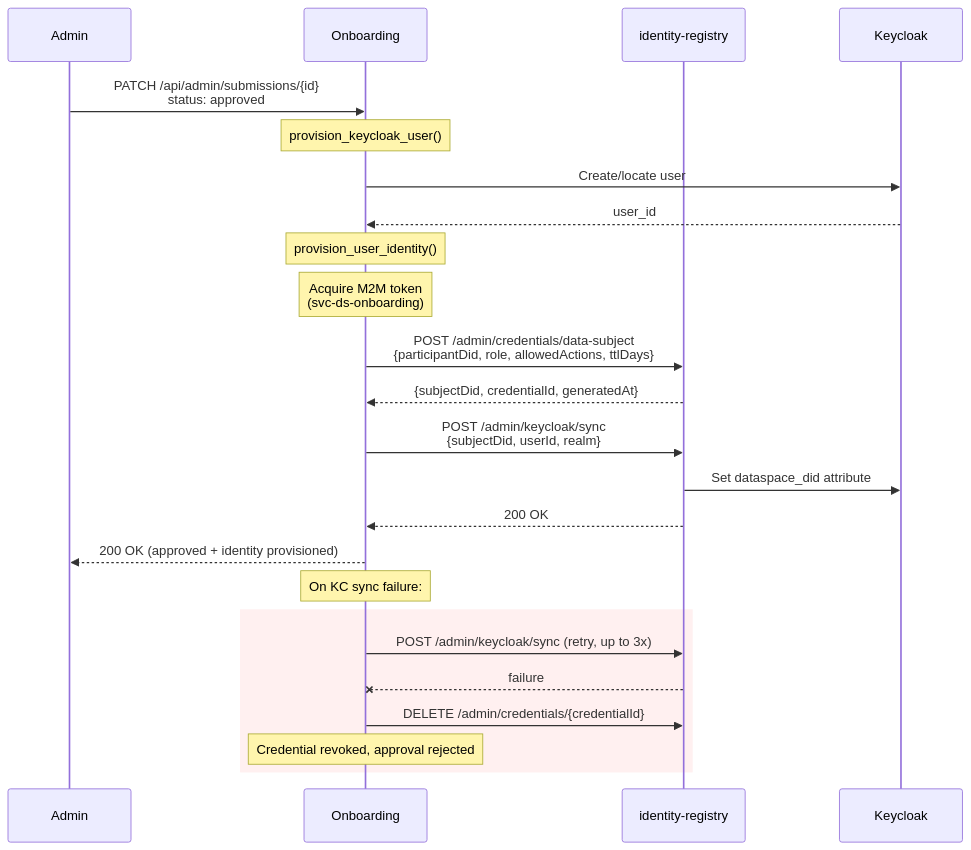
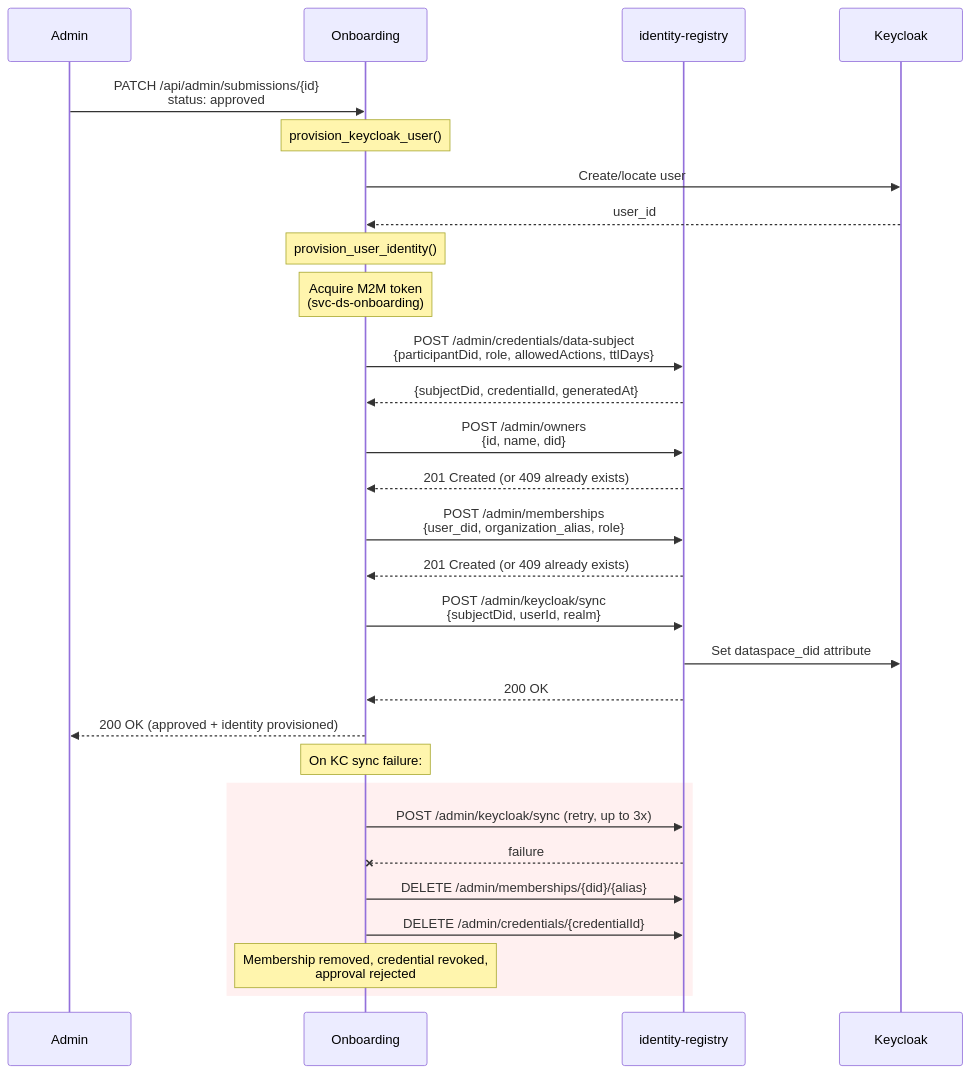
Before and after one commit to celine-eu/onboarding: the diagram in docs/dataspace-integration.md, drawn with Mermaid. The commit also changed other lines of this file and 21 other files, not shown here.

````diff
--- a/docs/dataspace-integration.md
+++ b/docs/dataspace-integration.md
@@ -22,33 +25,40 @@
 ```mermaid
 sequenceDiagram
     participant Admin
     participant Onboarding
     participant IdRegistry as identity-registry
     participant KC as Keycloak
 
     Admin->>Onboarding: PATCH /api/admin/submissions/{id}<br/>status: approved
 
     Note over Onboarding: provision_keycloak_user()
     Onboarding->>KC: Create/locate user
     KC-->>Onboarding: user_id
 
     Note over Onboarding: provision_user_identity()
 
     Note over Onboarding: Acquire M2M token<br/>(svc-ds-onboarding)
     Onboarding->>IdRegistry: POST /admin/credentials/data-subject<br/>{participantDid, role, allowedActions, ttlDays}
     IdRegistry-->>Onboarding: {subjectDid, credentialId, generatedAt}
 
+    Onboarding->>IdRegistry: POST /admin/owners<br/>{id, name, did}
+    IdRegistry-->>Onboarding: 201 Created (or 409 already exists)
+
+    Onboarding->>IdRegistry: POST /admin/memberships<br/>{user_did, organization_alias, role}
+    IdRegistry-->>Onboarding: 201 Created (or 409 already exists)
+
     Onboarding->>IdRegistry: POST /admin/keycloak/sync<br/>{subjectDid, userId, realm}
     IdRegistry->>KC: Set dataspace_did attribute
     IdRegistry-->>Onboarding: 200 OK
 
     Onboarding-->>Admin: 200 OK (approved + identity provisioned)
 
     Note over Onboarding: On KC sync failure:
     rect rgb(255, 240, 240)
         Onboarding->>IdRegistry: POST /admin/keycloak/sync (retry, up to 3x)
         IdRegistry--xOnboarding: failure
+        Onboarding->>IdRegistry: DELETE /admin/memberships/{did}/{alias}
         Onboarding->>IdRegistry: DELETE /admin/credentials/{credentialId}
-        Note over Onboarding: Credential revoked, approval rejected
+        Note over Onboarding: Membership removed, credential revoked,<br/>approval rejected
     end
 ```
````
